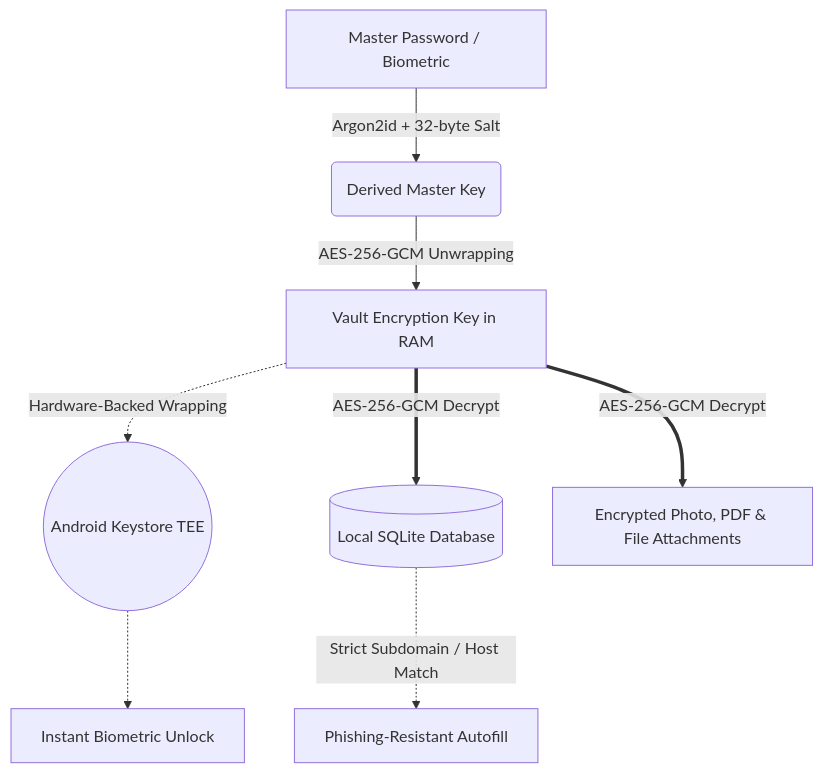
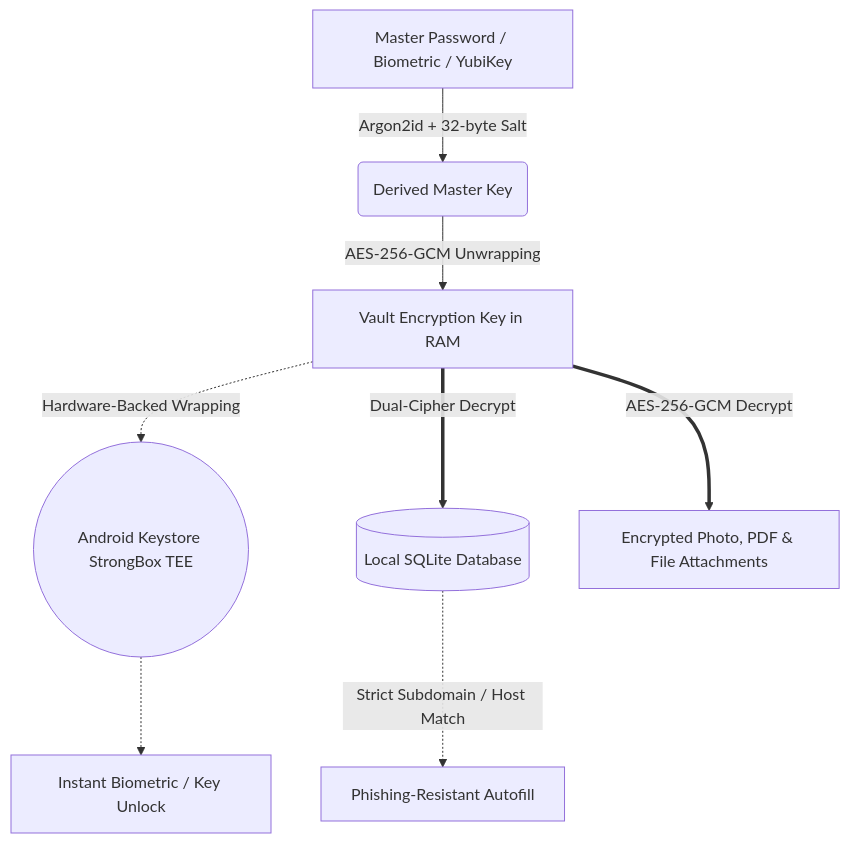
One commit to CodeSorcerer-007/Kryptx changed the diagram in README.md. Above: the diagram before and after it, drawn with Mermaid. The commit also changed other lines of this file and 24 other files, not shown here.

````diff
--- a/README.md
+++ b/README.md
@@ -80,10 +118,10 @@
 ```mermaid
 graph TD;
-    A[Master Password / Biometric] -->|Argon2id + 32-byte Salt| B(Derived Master Key);
+    A[Master Password / Biometric / YubiKey] -->|Argon2id + 32-byte Salt| B(Derived Master Key);
     B -->|AES-256-GCM Unwrapping| C[Vault Encryption Key in RAM];
-    C -.->|Hardware-Backed Wrapping| D((Android Keystore TEE));
-    D -.-> E[Instant Biometric Unlock];
-    C ==>|AES-256-GCM Decrypt| F[(Local SQLite Database)];
+    C -.->|Hardware-Backed Wrapping| D((Android Keystore StrongBox TEE));
+    D -.-> E[Instant Biometric / Key Unlock];
+    C ==>|Dual-Cipher Decrypt| F[(Local SQLite Database)];
     C ==>|AES-256-GCM Decrypt| G[Encrypted Photo, PDF & File Attachments];
     F -.->|Strict Subdomain / Host Match| H[Phishing-Resistant Autofill];
 ```
````
